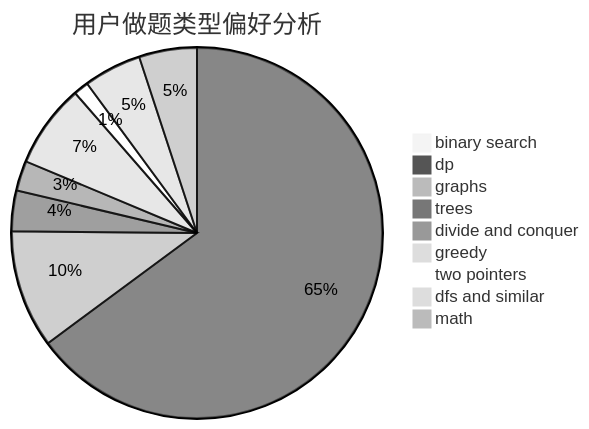
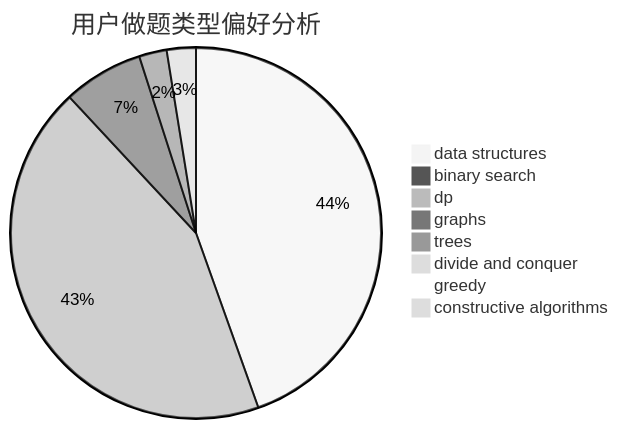
The second of 3 diagrams in docs/user/u435.md (sherpahu/cfrs.github.io), drawn with Mermaid (neutral theme) before and after one commit. The commit also changed other lines of this file and 2775 other files, not shown here.

````diff
--- a/docs/user/u435.md
+++ b/docs/user/u435.md
@@ -23,12 +23,11 @@
 ```mermaid
 pie title 用户做题类型偏好分析
+    "data structures" :  351
     "binary search" :  0
-    "dp" :  347
+    "dp" :  343
     "graphs" :  55
     "trees" :  19
-    "divide and conquer" :  14
-    "greedy" :  39
-    "two pointers" :  7
-    "dfs and similar" :  27
-    "math" :  27
+    "divide and conquer" :  7
+    "greedy" :  0
+    "constructive algorithms" :  20
 ```
````
